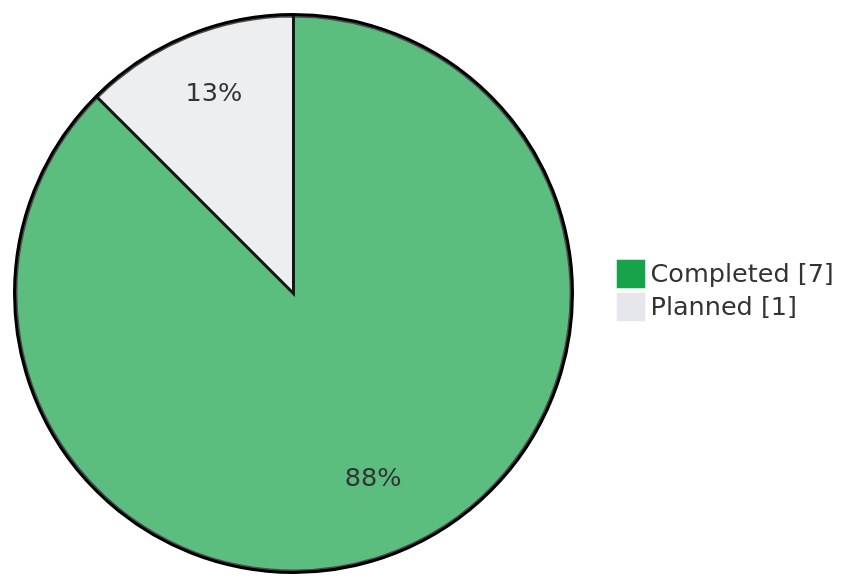
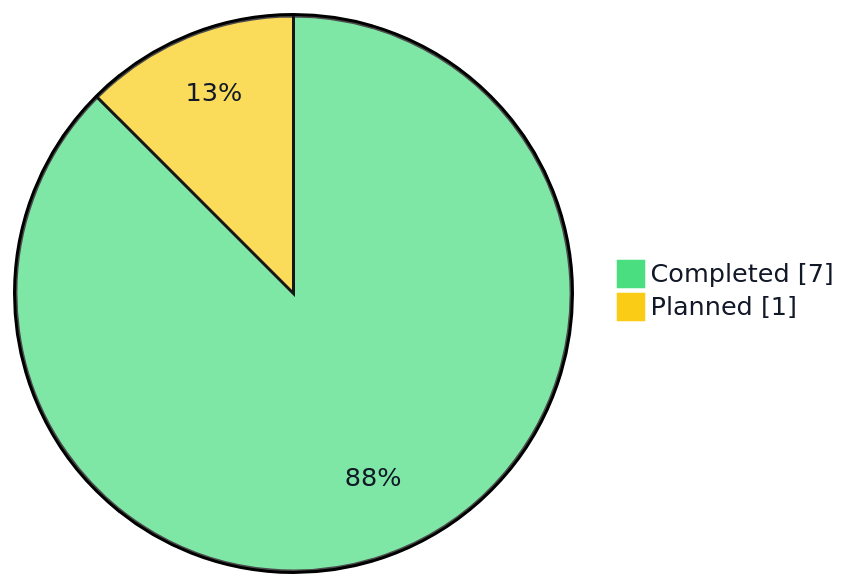
Before and after one commit to anshu-sharma-devops/key-learning-of-cloud-and-devops: the second of 5 diagrams in 01-terraform/README.md, drawn with Mermaid. The commit also changed other lines of this file, not shown here.

````diff
--- a/01-terraform/README.md
+++ b/01-terraform/README.md
@@ -84,6 +92,14 @@
 ```mermaid
-%%{init: {'theme':'base', 'themeVariables': {'pie1':'#16a34a','pie2':'#e5e7eb'}}}%%
+%%{init: {
+"theme":"base",
+"themeVariables": {
+"pie1":"#4ADE80",
+"pie2":"#FACC15",
+"primaryTextColor":"#111827",
+"background":"transparent"
+}
+}}%%
 pie showData
     "Completed" : 7
     "Planned" : 1
 ```
````
